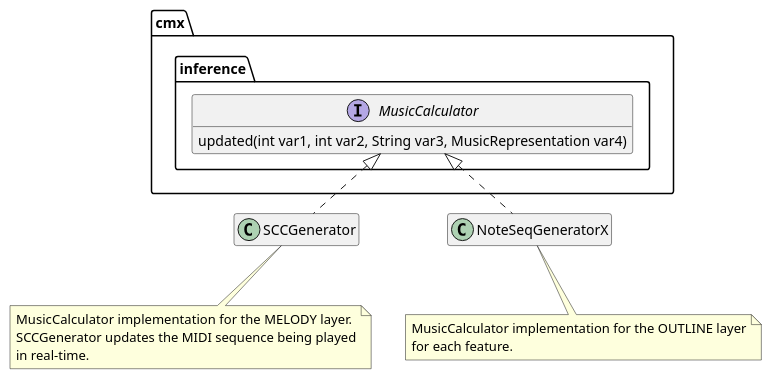
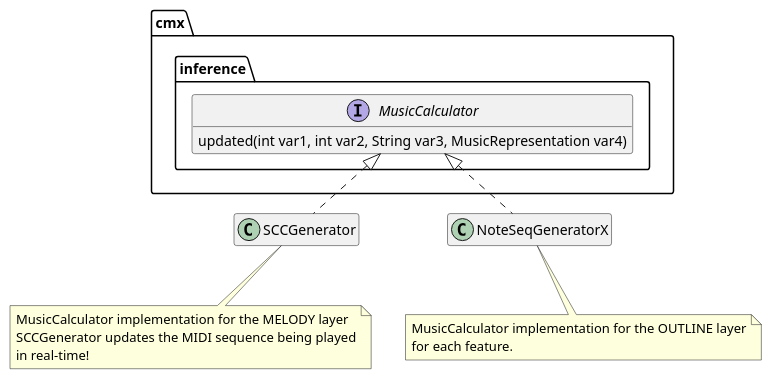
Before and after one commit to fujiij/plantuml: the diagram in diagrams/test2.puml, drawn with PlantUML.

```diff
--- a/diagrams/test2.puml
+++ b/diagrams/test2.puml
@@ -1,22 +1,22 @@
 @startuml
 'https://plantuml.com/class-diagram
 hide empty members
 
 interface cmx.inference.MusicCalculator {
     updated(int var1, int var2, String var3, MusicRepresentation var4)
 }
 
 class SCCGenerator implements cmx.inference.MusicCalculator
 note bottom of SCCGenerator
-    MusicCalculator implementation for the MELODY layer.
+    MusicCalculator implementation for the MELODY layer
     SCCGenerator updates the MIDI sequence being played
-    in real-time.
+    in real-time!
 end note
 
 class NoteSeqGeneratorX implements cmx.inference.MusicCalculator
 note bottom of NoteSeqGeneratorX
     MusicCalculator implementation for the OUTLINE layer
     for each feature.
 end note
 
 @enduml
```
